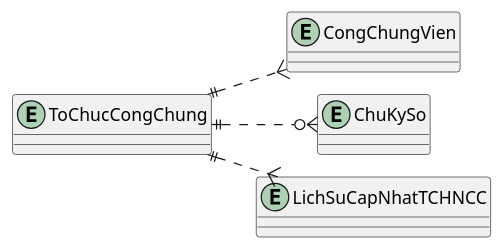
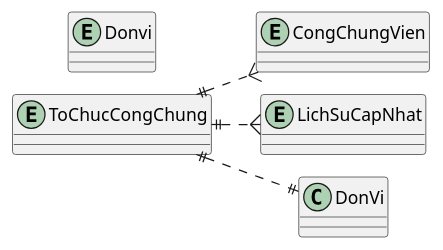
The diagram in ba/[NDS-E-00016] Quản lý tổ chức hành nghề công chứng/2.erd.puml (phuongpm23/nds-docs-test), drawn with PlantUML before and after one commit. The commit also changed 51 other files, not shown here.

```diff
--- a/ba/[NDS-E-00016] Quản lý tổ chức hành nghề công chứng/2.erd.puml
+++ b/ba/[NDS-E-00016] Quản lý tổ chức hành nghề công chứng/2.erd.puml
@@ -1,14 +1,14 @@
 @startuml erd
 !pragma layout smetana
 left to right direction
 
 entity ToChucCongChung
 entity CongChungVien
-entity ChuKySo
-entity LichSuCapNhatTCHNCC
+entity LichSuCapNhat
+entity Donvi
 
 ToChucCongChung ||..{ CongChungVien
-ToChucCongChung ||..o{ ChuKySo
-ToChucCongChung ||..{ LichSuCapNhatTCHNCC
+ToChucCongChung ||..{ LichSuCapNhat
+ToChucCongChung ||..|| DonVi
 
 @enduml
```
